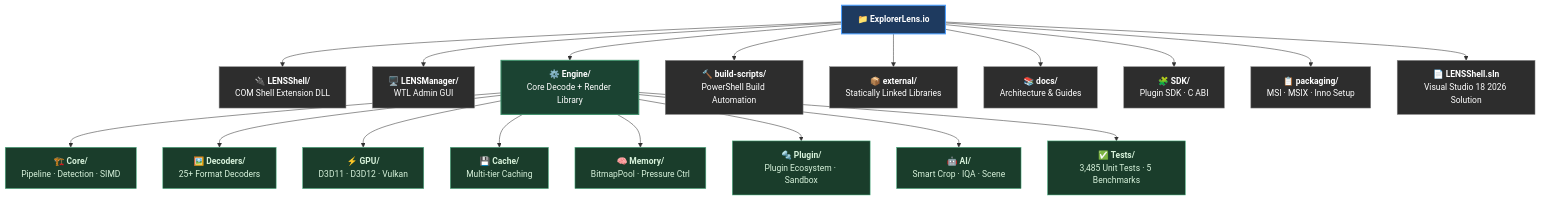
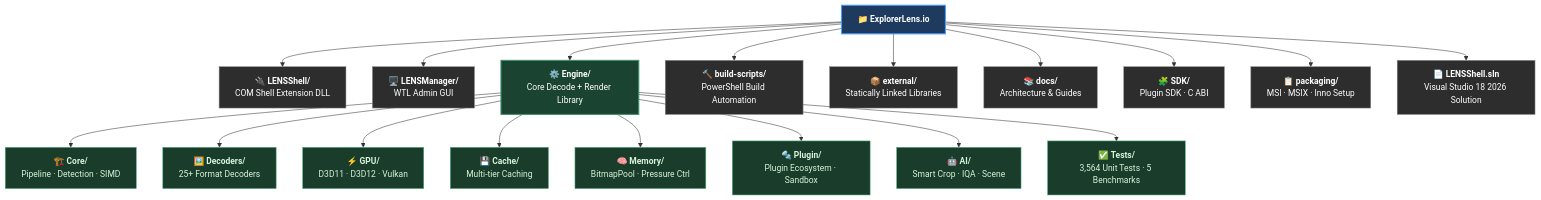
Before and after one commit to RajwanYair/ExplorerLens.io: the diagram in README.md, drawn with Mermaid. The commit also changed other lines of this file and 42 other files, not shown here.

````diff
--- a/README.md
+++ b/README.md
@@ -206,42 +206,42 @@
 ```mermaid
 graph TD
     ROOT["📁 <b>ExplorerLens.io</b>"]
 
     ROOT --> SHELL["🔌 <b>LENSShell/</b><br/>COM Shell Extension DLL"]
     ROOT --> MGR["🖥️ <b>LENSManager/</b><br/>WTL Admin GUI"]
     ROOT --> ENG["⚙️ <b>Engine/</b><br/>Core Decode + Render Library"]
     ROOT --> BS["🔨 <b>build-scripts/</b><br/>PowerShell Build Automation"]
     ROOT --> EXT["📦 <b>external/</b><br/>Statically Linked Libraries"]
     ROOT --> DOCS["📚 <b>docs/</b><br/>Architecture &amp; Guides"]
     ROOT --> SDK["🧩 <b>SDK/</b><br/>Plugin SDK · C ABI"]
     ROOT --> PKG["📋 <b>packaging/</b><br/>MSI · MSIX · Inno Setup"]
     ROOT --> SLN["📄 <b>LENSShell.sln</b><br/>Visual Studio 18 2026 Solution"]
 
     ENG --> CORE["🏗️ <b>Core/</b><br/>Pipeline · Detection · SIMD"]
     ENG --> DEC["🖼️ <b>Decoders/</b><br/>25+ Format Decoders"]
     ENG --> GPU["⚡ <b>GPU/</b><br/>D3D11 · D3D12 · Vulkan"]
     ENG --> CACHE["💾 <b>Cache/</b><br/>Multi-tier Caching"]
     ENG --> MEM["🧠 <b>Memory/</b><br/>BitmapPool · Pressure Ctrl"]
     ENG --> PLUGIN["🔩 <b>Plugin/</b><br/>Plugin Ecosystem · Sandbox"]
     ENG --> AI["🤖 <b>AI/</b><br/>Smart Crop · IQA · Scene"]
-    ENG --> TESTS["✅ <b>Tests/</b><br/>3,485 Unit Tests · 5 Benchmarks"]
+    ENG --> TESTS["✅ <b>Tests/</b><br/>3,564 Unit Tests · 5 Benchmarks"]
 
     style ROOT fill:#1e3a5f,color:#fff,stroke:#4a9eff,stroke-width:2px
     style ENG  fill:#1b4332,color:#fff,stroke:#40916c,stroke-width:2px
     style SHELL fill:#2d2d2d,color:#fff,stroke:#888
     style MGR   fill:#2d2d2d,color:#fff,stroke:#888
     style BS    fill:#2d2d2d,color:#fff,stroke:#888
     style EXT   fill:#2d2d2d,color:#fff,stroke:#888
     style DOCS  fill:#2d2d2d,color:#fff,stroke:#888
     style SDK   fill:#2d2d2d,color:#fff,stroke:#888
     style PKG   fill:#2d2d2d,color:#fff,stroke:#888
     style SLN   fill:#2d2d2d,color:#fff,stroke:#888
     style CORE   fill:#1a3d2b,color:#d8f3dc,stroke:#52b788
     style DEC    fill:#1a3d2b,color:#d8f3dc,stroke:#52b788
     style GPU    fill:#1a3d2b,color:#d8f3dc,stroke:#52b788
     style CACHE  fill:#1a3d2b,color:#d8f3dc,stroke:#52b788
     style MEM    fill:#1a3d2b,color:#d8f3dc,stroke:#52b788
     style PLUGIN fill:#1a3d2b,color:#d8f3dc,stroke:#52b788
     style AI     fill:#1a3d2b,color:#d8f3dc,stroke:#52b788
     style TESTS  fill:#1a3d2b,color:#d8f3dc,stroke:#52b788
 ```
````
